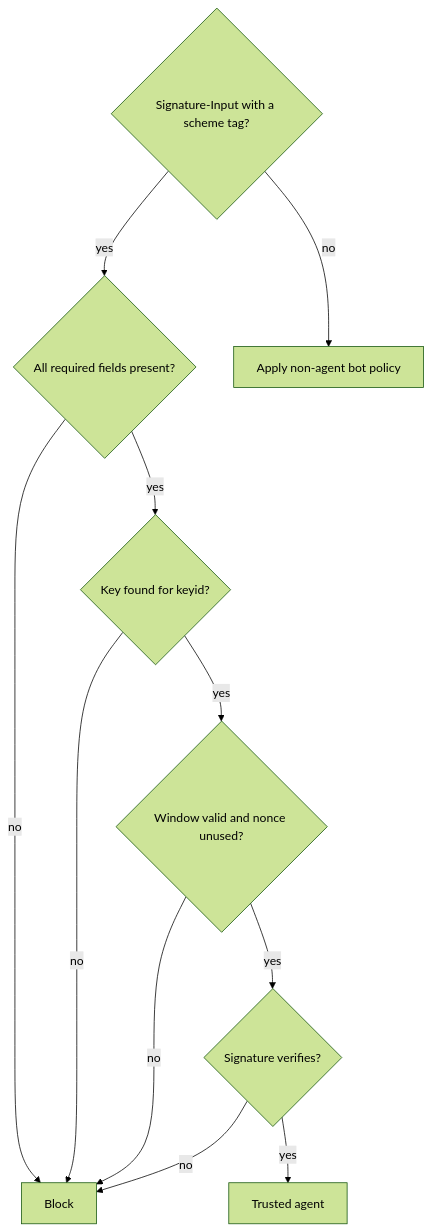
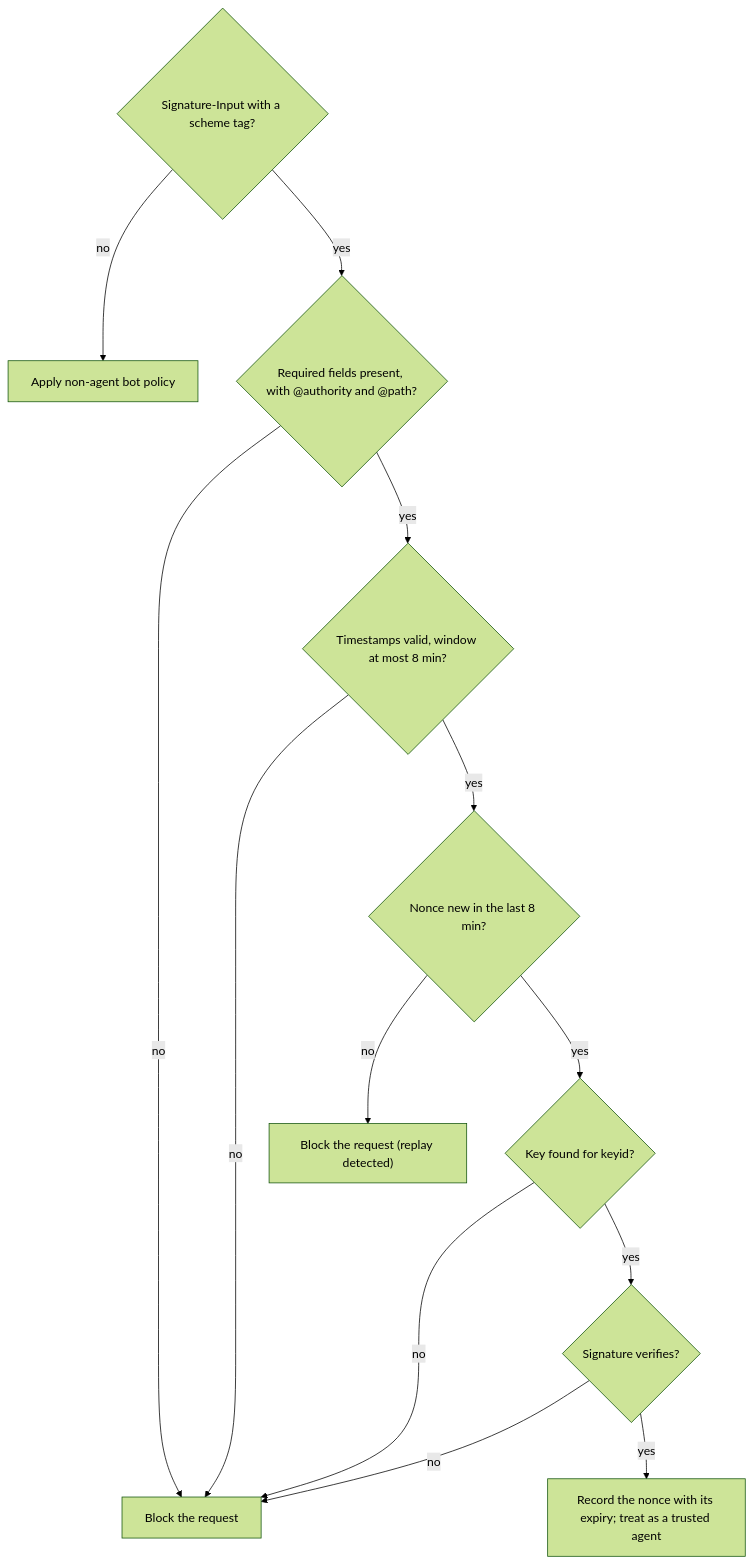
One commit to mercesAI/agentic-rails-atlas changed the diagram in src/content/diagrams/mastercard-agent-pay-edge-decision.mmd. Above: the diagram before and after it, drawn with Mermaid (forest theme). The commit also changed 85 other files, not shown here.

```diff
--- a/src/content/diagrams/mastercard-agent-pay-edge-decision.mmd
+++ b/src/content/diagrams/mastercard-agent-pay-edge-decision.mmd
@@ -1,19 +1,23 @@
 flowchart TB
   Q1{"Signature-Input with a scheme tag?"}
-  Q2{"All required fields present?"}
-  Q3{"Key found for keyid?"}
-  Q4{"Window valid and nonce unused?"}
-  Q5{"Signature verifies?"}
+  Q2{"Required fields present, with @authority and @path?"}
+  Q3{"Timestamps valid, window at most 8 min?"}
+  Q4{"Nonce new in the last 8 min?"}
+  Q5{"Key found for keyid?"}
+  Q6{"Signature verifies?"}
   BOT["Apply non-agent bot policy"]
-  BLOCK["Block"]
-  OK["Trusted agent"]
+  BLOCK["Block the request"]
+  REPLAY["Block the request (replay detected)"]
+  OK["Record the nonce with its expiry; treat as a trusted agent"]
   Q1 -- "no" --> BOT
   Q1 -- "yes" --> Q2
   Q2 -- "no" --> BLOCK
   Q2 -- "yes" --> Q3
   Q3 -- "no" --> BLOCK
   Q3 -- "yes" --> Q4
-  Q4 -- "no" --> BLOCK
+  Q4 -- "no" --> REPLAY
   Q4 -- "yes" --> Q5
   Q5 -- "no" --> BLOCK
-  Q5 -- "yes" --> OK
+  Q5 -- "yes" --> Q6
+  Q6 -- "no" --> BLOCK
+  Q6 -- "yes" --> OK
```
